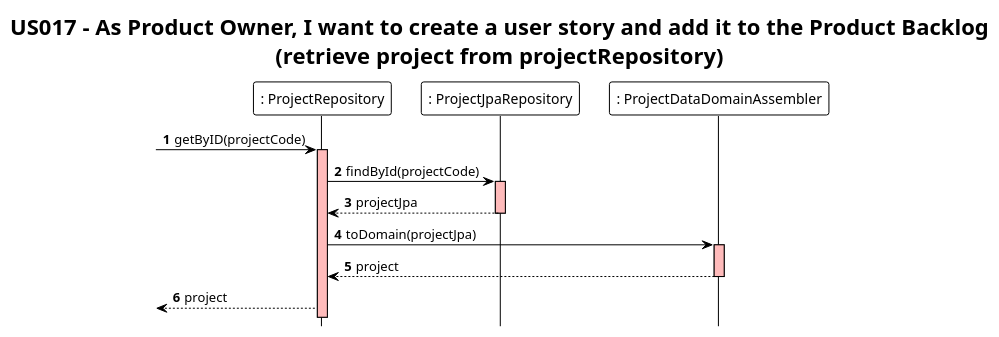
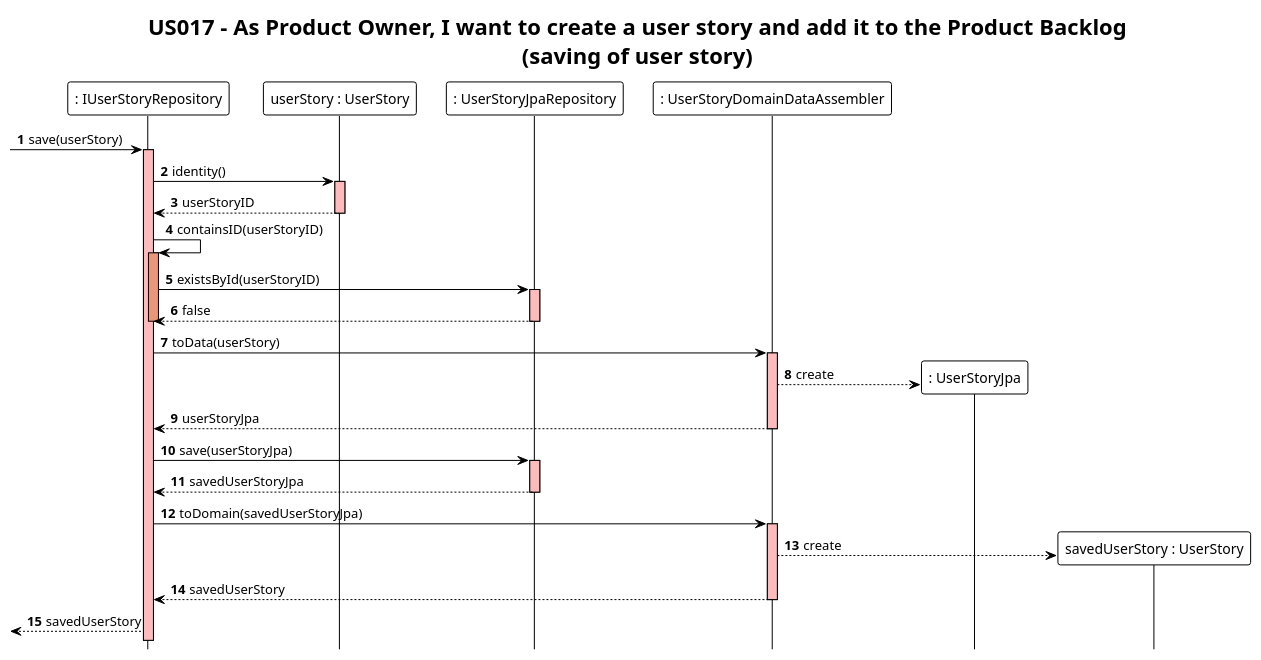
The diagram in docs/modelling_design/user_stories/us017/US017_CreateUserStorySD4.puml (ivo-menezes/project_g3), drawn with PlantUML before and after one commit. The commit also changed 5 other files, not shown here.

```diff
--- a/docs/modelling_design/user_stories/us017/US017_CreateUserStorySD4.puml
+++ b/docs/modelling_design/user_stories/us017/US017_CreateUserStorySD4.puml
@@ -1,35 +1,60 @@
 @startuml
 !theme plain
 hide footbox
 autonumber
 
 skinparam sequence{
 LifeLineBackgroundColor #FFBBBB
 }
 
-title US017 - As Product Owner, I want to create a user story and add it to the Product Backlog\n(retrieve project from projectRepository)
+title US017 - As Product Owner, I want to create a user story and add it to the Product Backlog\n(saving of user story)
 
-participant ": ProjectRepository" as projectRepository
-participant ": ProjectJpaRepository" as jpa
-participant ": ProjectDataDomainAssembler" as assembler
+participant ": IUserStoryRepository" as usRepository
+participant "userStory : UserStory" as newUserStory
+participant ": UserStoryJpaRepository" as jpa
+participant ": UserStoryDomainDataAssembler" as assembler
+participant ": UserStoryJpa" as userStoryJpa
+participant "savedUserStory : UserStory" as savedUserStory
 
--> projectRepository : getByID(projectCode)
+-> usRepository : save(userStory)
 
-activate projectRepository
-projectRepository -> jpa : findById(projectCode)
+activate usRepository
+usRepository -> newUserStory : identity()
+
+activate newUserStory
+newUserStory --> usRepository: userStoryID
+deactivate
+
+usRepository -> usRepository : containsID(userStoryID)
+activate usRepository #DarkSalmon
+
+usRepository -> jpa :existsById(userStoryID)
 
 activate jpa
-jpa --> projectRepository : projectJpa
+jpa --> usRepository : false
+deactivate
 deactivate
 
-projectRepository -> assembler : toDomain(projectJpa)
+usRepository -> assembler : toData(userStory)
 
 activate assembler
-assembler --> projectRepository: project
+assembler --> userStoryJpa ** : create
+assembler --> usRepository : userStoryJpa
 deactivate
 
-[<-- projectRepository : project
+usRepository -> jpa : save(userStoryJpa)
 
+activate jpa
+'jpa --> savedUserStoryJpa ** : create
+jpa --> usRepository : savedUserStoryJpa
+deactivate
 
+usRepository -> assembler : toDomain(savedUserStoryJpa)
+activate assembler
+assembler --> savedUserStory ** : create
+assembler --> usRepository : savedUserStory
+deactivate
+
+[<-- usRepository : savedUserStory
 
 @enduml
```
